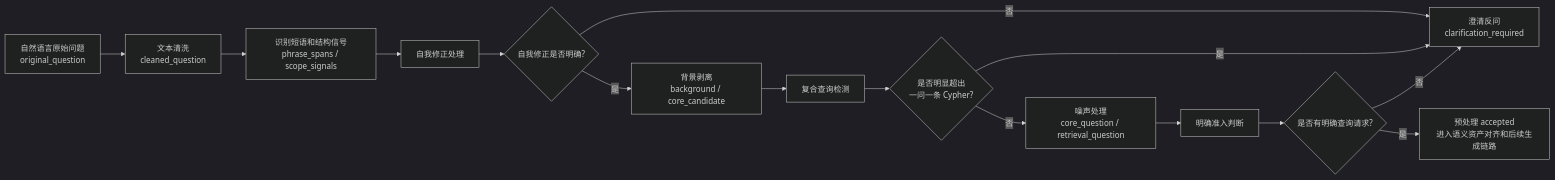
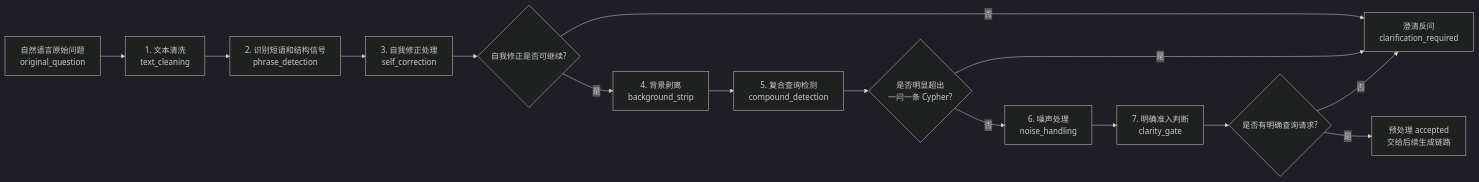
The diagram in services/cypher_generator_agent/docs/natural-language-question-preprocessing-design.md (mangow0527/NL2Cypher), drawn with Mermaid (dark theme) before and after one commit. The commit also changed other lines of this file and 31 other files, not shown here.

````diff
--- a/services/cypher_generator_agent/docs/natural-language-question-preprocessing-design.md
+++ b/services/cypher_generator_agent/docs/natural-language-question-preprocessing-design.md
@@ -17,20 +11,20 @@
 ```mermaid
 graph LR
-    A[自然语言原始问题<br/>original_question] --> B[文本清洗<br/>cleaned_question]
-    B --> C[识别短语和结构信号<br/>phrase_spans / scope_signals]
-    C --> D[自我修正处理]
+    A[自然语言原始问题<br/>original_question] --> B[1. 文本清洗<br/>text_cleaning]
+    B --> C[2. 识别短语和结构信号<br/>phrase_detection]
+    C --> D[3. 自我修正处理<br/>self_correction]
 
-    D --> DQ{自我修正是否明确?}
+    D --> DQ{自我修正是否可继续?}
     DQ -- 否 --> CR[澄清反问<br/>clarification_required]
-    DQ -- 是 --> E[背景剥离<br/>background / core_candidate]
+    DQ -- 是 --> E[4. 背景剥离<br/>background_strip]
 
-    E --> F[复合查询检测]
+    E --> F[5. 复合查询检测<br/>compound_detection]
     F --> FQ{是否明显超出<br/>一问一条 Cypher?}
     FQ -- 是 --> CR
-    FQ -- 否 --> G[噪声处理<br/>core_question / retrieval_question]
+    FQ -- 否 --> G[6. 噪声处理<br/>noise_handling]
 
-    G --> H[明确准入判断]
+    G --> H[7. 明确准入判断<br/>clarity_gate]
     H --> HQ{是否有明确查询请求?}
     HQ -- 否 --> CR
-    HQ -- 是 --> OK[预处理 accepted<br/>进入语义资产对齐和后续生成链路]
+    HQ -- 是 --> OK[预处理 accepted<br/>交给后续生成链路]
 ```
````
